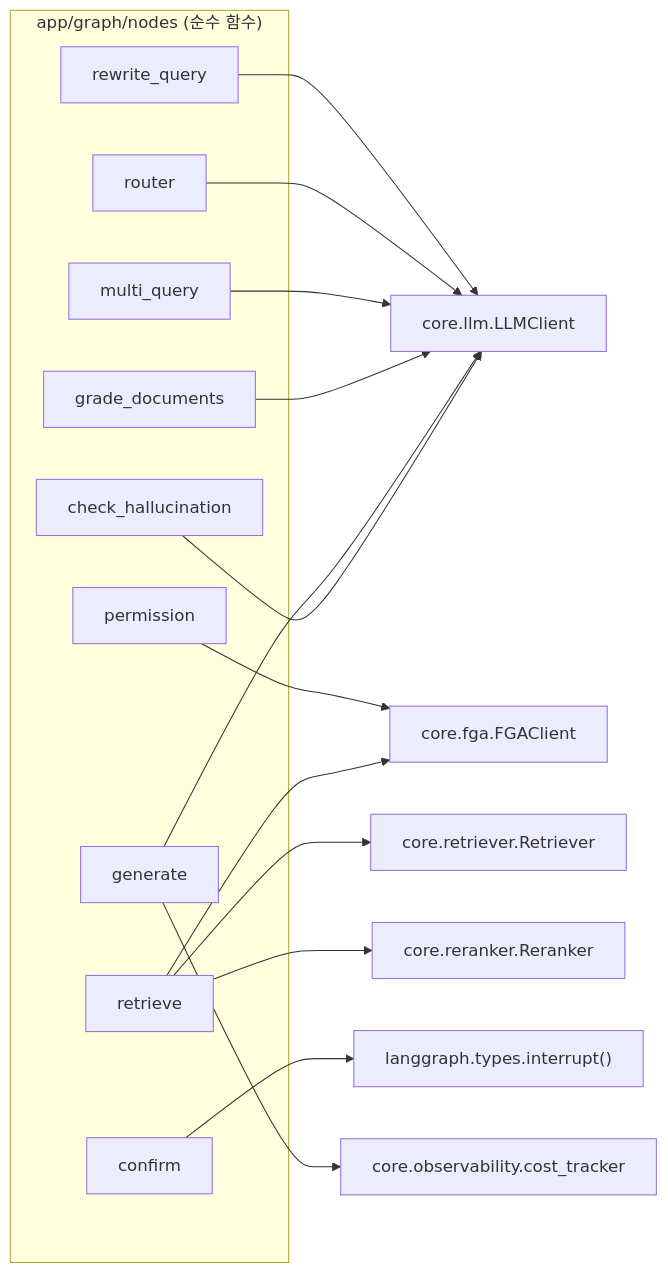
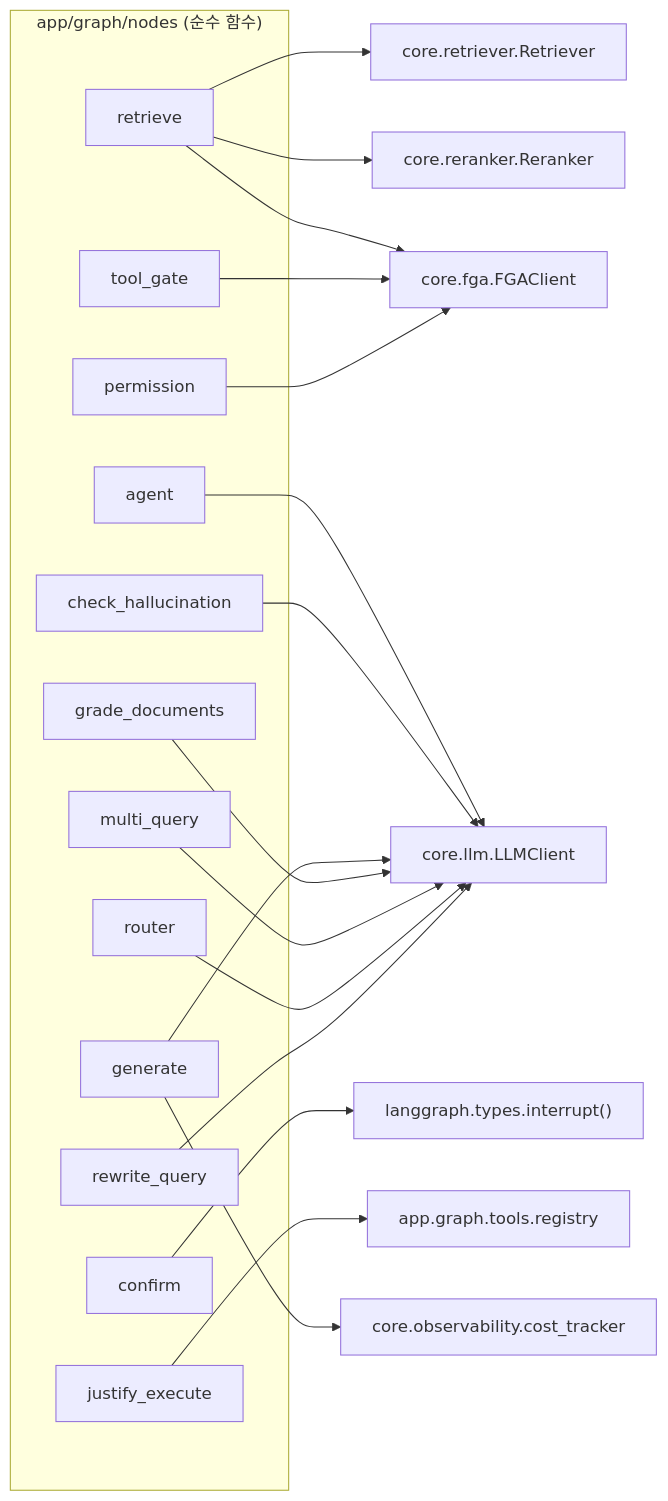
One commit to ACACIANh/company-rag changed the second of 6 diagrams in backend/docs/architecture/backend-internals.md. Above: the diagram before and after it, drawn with Mermaid. The commit also changed other lines of this file and 3 other files, not shown here.

Commit message:
docs: 외부 문서의 옛 라벨 tool_call → agent 정합 (ADR-0031)

````diff
--- a/backend/docs/architecture/backend-internals.md
+++ b/backend/docs/architecture/backend-internals.md
@@ -77,22 +87,28 @@
 ```mermaid
 flowchart LR
     subgraph nodes["app/graph/nodes (순수 함수)"]
         n_rw[rewrite_query]
         n_rt[router]
         n_mq[multi_query]
         n_pm[permission]
         n_re[retrieve]
         n_gd[grade_documents]
+        n_ag[agent]
+        n_tg[tool_gate]
         n_cf[confirm]
+        n_je[justify_execute]
         n_ge[generate]
         n_ch[check_hallucination]
     end
 
     n_rw & n_rt & n_mq & n_gd & n_ge & n_ch --> LLM[core.llm.LLMClient]
+    n_ag --> LLM
     n_pm --> FGA[core.fga.FGAClient]
+    n_tg --> FGA
     n_re --> RETR[core.retriever.Retriever]
     n_re --> RERANK[core.reranker.Reranker]
     n_re --> FGA
     n_cf --> INT["langgraph.types.interrupt()"]
+    n_je --> TOOLS[app.graph.tools.registry]
     n_ge --> COST[core.observability.cost_tracker]
 ```
````
